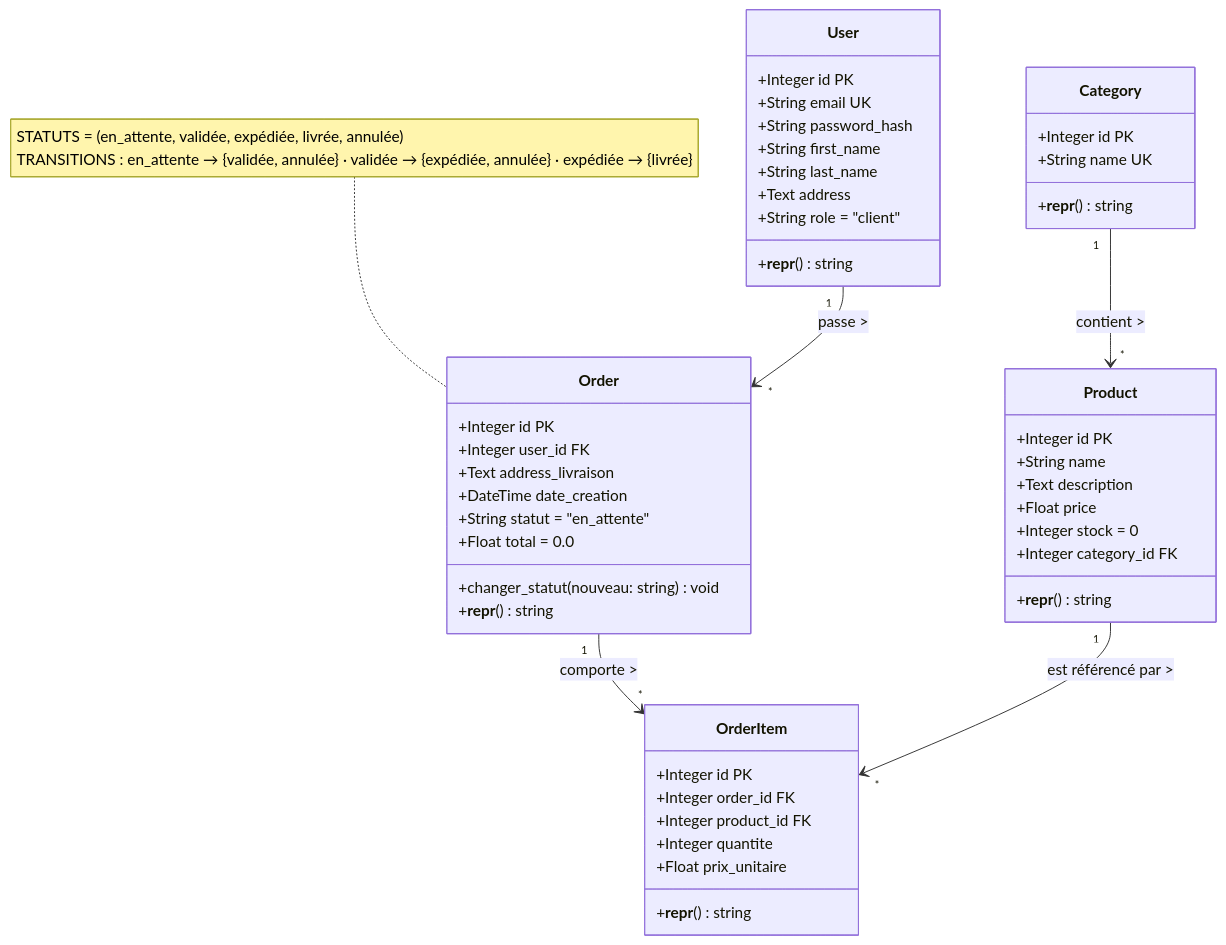
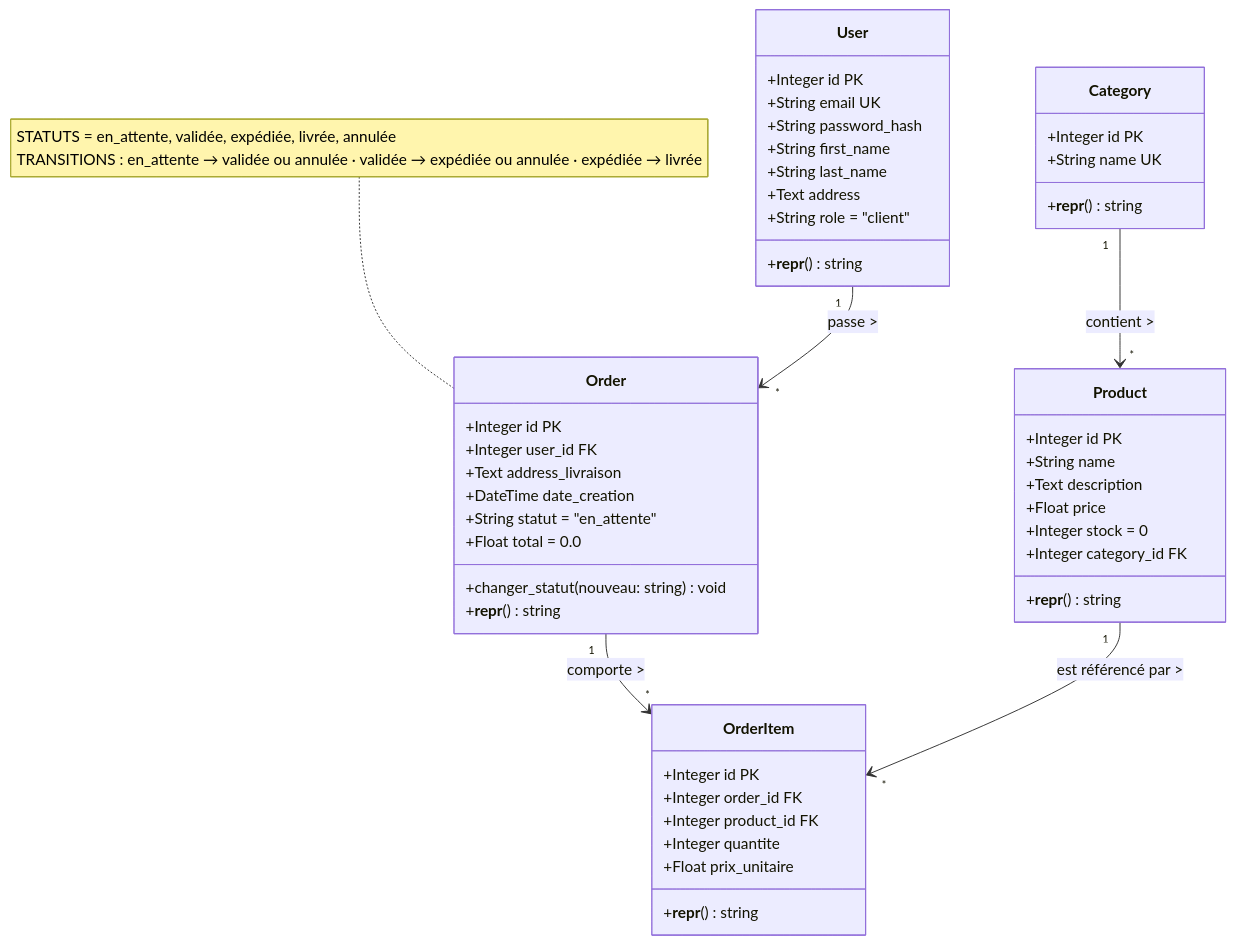
The first of 8 diagrams in docs/uml-projet.md (ericlacombe/mon-projet-handson-python), drawn with Mermaid before and after one commit. The commit also changed other lines of this file, not shown here.

Commit message:
docs(uml-projet.md) : supprime toutes les parenthèses des étiquettes Mermaid (flowchart/séquence/états) pour un rendu GitHub garanti

````diff
--- a/docs/uml-projet.md
+++ b/docs/uml-projet.md
@@ -23,54 +23,54 @@
 ```mermaid
 %% LÉGENDE : classe = boîte à 3 compartiments (nom / attributs / méthodes)
 %% + = public · PK/FK/UK = clés · "1" --> "*" = association UML avec multiplicités (1 côté, plusieurs de l'autre)
 classDiagram
     class User {
         +Integer id PK
         +String email UK
         +String password_hash
         +String first_name
         +String last_name
         +Text address
         +String role = "client"
         +__repr__() string
     }
     class Category {
         +Integer id PK
         +String name UK
         +__repr__() string
     }
     class Product {
         +Integer id PK
         +String name
         +Text description
         +Float price
         +Integer stock = 0
         +Integer category_id FK
         +__repr__() string
     }
     class Order {
         +Integer id PK
         +Integer user_id FK
         +Text address_livraison
         +DateTime date_creation
         +String statut = "en_attente"
         +Float total = 0.0
         +changer_statut(nouveau: string) void
         +__repr__() string
     }
     class OrderItem {
         +Integer id PK
         +Integer order_id FK
         +Integer product_id FK
         +Integer quantite
         +Float prix_unitaire
         +__repr__() string
     }
 
-    note for Order "STATUTS = (en_attente, validée, expédiée, livrée, annulée)<br/>TRANSITIONS : en_attente → {validée, annulée} · validée → {expédiée, annulée} · expédiée → {livrée}"
+    note for Order "STATUTS = en_attente, validée, expédiée, livrée, annulée<br/>TRANSITIONS : en_attente → validée ou annulée · validée → expédiée ou annulée · expédiée → livrée"
 
     User "1" --> "*" Order : passe >
     Category "1" --> "*" Product : contient >
     Order "1" --> "*" OrderItem : comporte >
     Product "1" --> "*" OrderItem : est référencé par >
 ```
````
